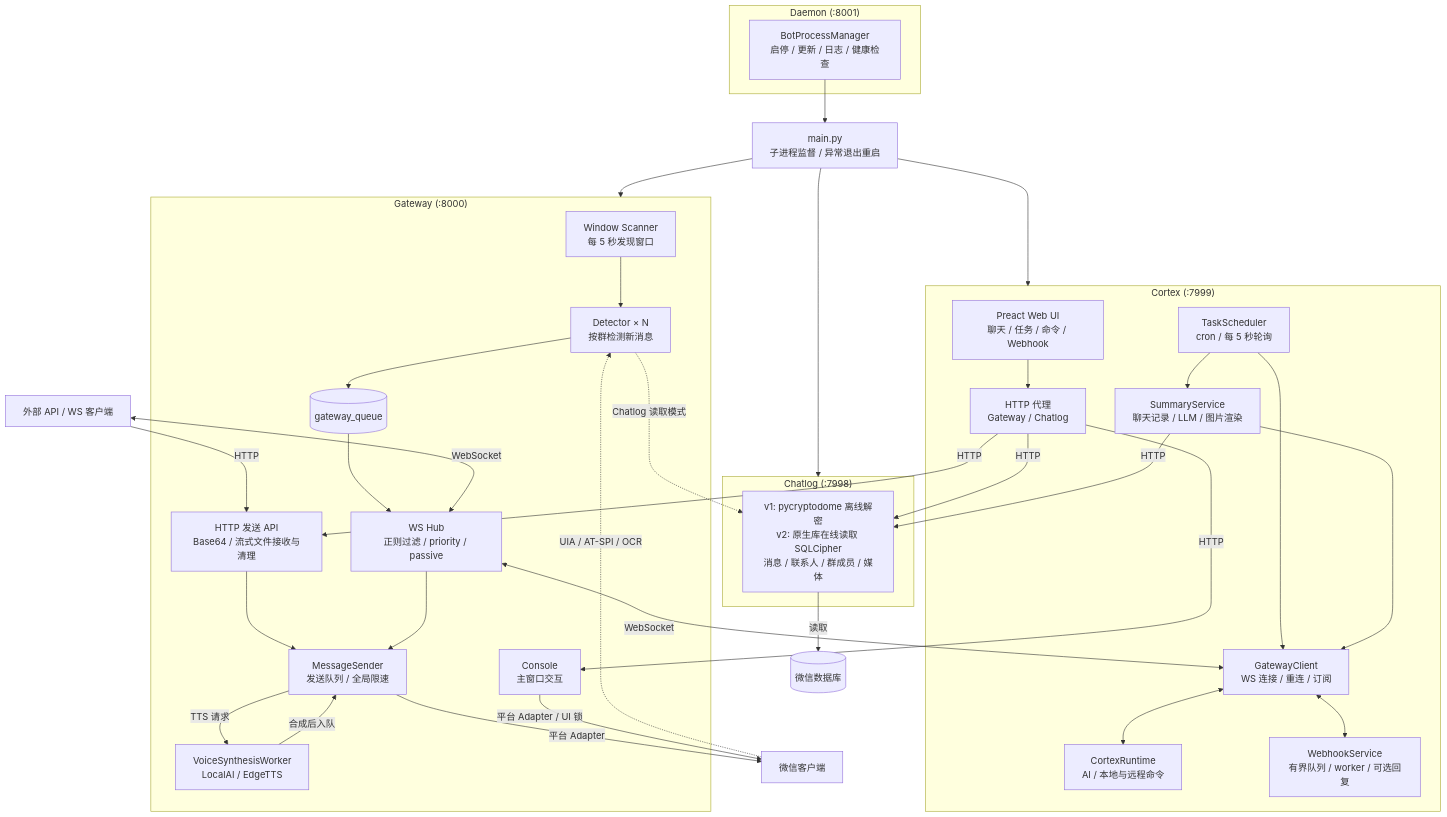
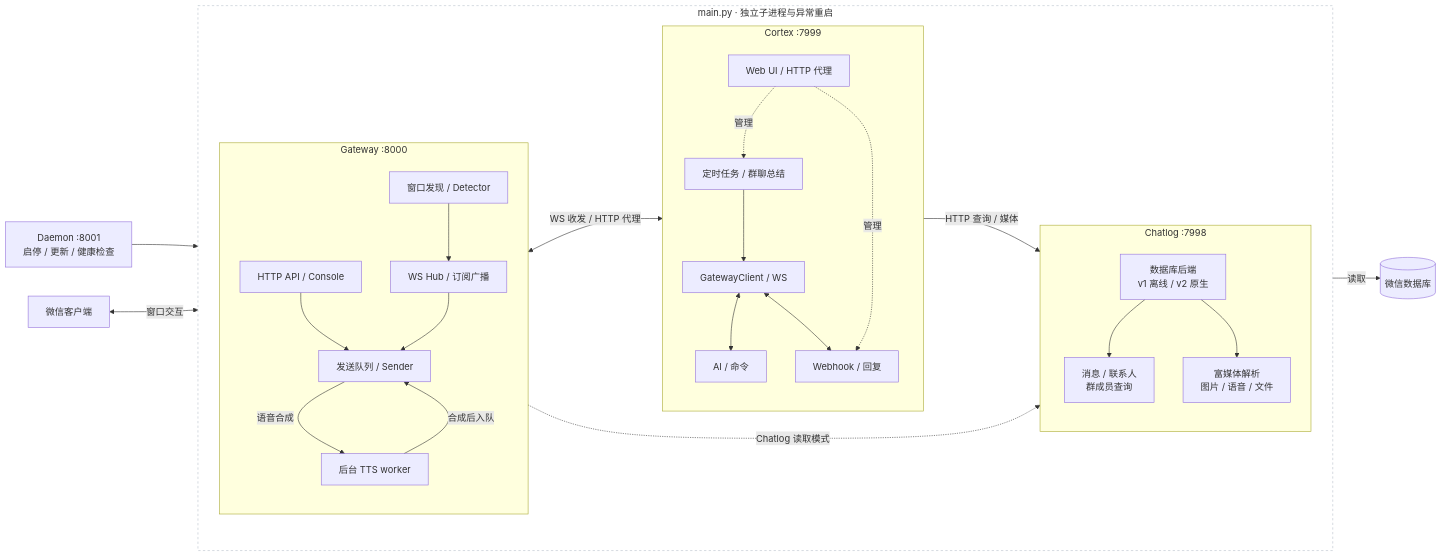
The diagram in README.md (bhwa233/awsl-wechat-bot), drawn with Mermaid before and after one commit. The commit also changed 1 other file, not shown here.

Commit message:
docs: require pull requests and refine architecture (#94)

````diff
--- a/README.md
+++ b/README.md
@@ -26,61 +26,35 @@
 ```mermaid
-flowchart TB
-    subgraph Daemon["Daemon (:8001)"]
-        Manager["BotProcessManager<br/>启停 / 更新 / 日志 / 健康检查"]
+flowchart LR
+    subgraph Bot["main.py · 独立子进程与异常重启"]
+        direction LR
+        subgraph Gateway["Gateway :8000"]
+            direction TB
+            Detector["窗口发现 / Detector"] --> Hub["WS Hub / 订阅广播"]
+            API["HTTP API / Console"] --> Sender["发送队列 / Sender"]
+            Hub --> Sender
+            Sender -->|语音合成| TTS["后台 TTS worker"]
+            TTS -->|合成后入队| Sender
+        end
+        subgraph Cortex["Cortex :7999"]
+            direction TB
+            WebUI["Web UI / HTTP 代理"]
+            GWClient["GatewayClient / WS"] <--> Runtime["AI / 命令"]
+            GWClient <--> Webhook["Webhook / 回复"]
+            Tasks["定时任务 / 群聊总结"] --> GWClient
+            WebUI -.管理.-> Tasks
+            WebUI -.管理.-> Webhook
+        end
+        subgraph Chatlog["Chatlog :7998"]
+            direction TB
+            Reader["数据库后端<br/>v1 离线 / v2 原生"] --> Query["消息 / 联系人<br/>群成员查询"]
+            Reader --> Media["富媒体解析<br/>图片 / 语音 / 文件"]
+        end
+        Gateway <-->|WS 收发 / HTTP 代理| Cortex
+        Cortex -->|HTTP 查询 / 媒体| Chatlog
+        Gateway -.->|Chatlog 读取模式| Chatlog
     end
-    Supervisor["main.py<br/>子进程监督 / 异常退出重启"]
-    Manager --> Supervisor
-
-    subgraph Gateway["Gateway (:8000)"]
-        Scanner["Window Scanner<br/>每 5 秒发现窗口"]
-        Detectors["Detector × N<br/>按群检测新消息"]
-        Queue[(gateway_queue)]
-        WSHub["WS Hub<br/>正则过滤 / priority / passive"]
-        SendAPI["HTTP 发送 API<br/>Base64 / 流式文件接收与清理"]
-        Sender["MessageSender<br/>发送队列 / 全局限速"]
-        TTS["VoiceSynthesisWorker<br/>LocalAI / EdgeTTS"]
-        Console["Console<br/>主窗口交互"]
-        Scanner --> Detectors
-        Detectors --> Queue --> WSHub
-        SendAPI --> Sender
-        WSHub --> Sender
-        Sender -->|TTS 请求| TTS
-        TTS -->|合成后入队| Sender
-    end
-
-    subgraph Cortex["Cortex (:7999)"]
-        WebUI["Preact Web UI<br/>聊天 / 任务 / 命令 / Webhook"]
-        Proxy["HTTP 代理<br/>Gateway / Chatlog"]
-        GWClient["GatewayClient<br/>WS 连接 / 重连 / 订阅"]
-        Runtime["CortexRuntime<br/>AI / 本地与远程命令"]
-        Webhook["WebhookService<br/>有界队列 / worker / 可选回复"]
-        Scheduler["TaskScheduler<br/>cron / 每 5 秒轮询"]
-        Summary["SummaryService<br/>聊天记录 / LLM / 图片渲染"]
-        WebUI --> Proxy
-        GWClient <--> Runtime
-        GWClient <--> Webhook
-        Scheduler --> GWClient
-        Scheduler --> Summary
-        Summary --> GWClient
-    end
-
-    subgraph Chatlog["Chatlog (:7998)"]
-        ChatlogAPI["v1: pycryptodome 离线解密<br/>v2: 原生库在线读取 SQLCipher<br/>消息 / 联系人 / 群成员 / 媒体"]
-    end
-
-    Supervisor --> Gateway
-    Supervisor --> Cortex
-    Supervisor --> Chatlog
-    WeChat["微信客户端"] -. UIA / AT-SPI / OCR .-> Detectors
-    Sender -->|平台 Adapter| WeChat
-    Console -->|平台 Adapter / UI 锁| WeChat
-    WSHub <-->|WebSocket| GWClient
-    Client["外部 API / WS 客户端"] <-->|WebSocket| WSHub
-    Client -->|HTTP| SendAPI
-    Proxy -->|HTTP| SendAPI
-    Proxy -->|HTTP| Console
-    Proxy -->|HTTP| ChatlogAPI
-    Summary -->|HTTP| ChatlogAPI
-    Detectors -. Chatlog 读取模式 .-> ChatlogAPI
-    ChatlogAPI -->|读取| DB[(微信数据库)]
+    Daemon["Daemon :8001<br/>启停 / 更新 / 健康检查"] --> Bot
+    WeChat["微信客户端"] <-->|窗口交互| Gateway
+    Chatlog -->|读取| DB[(微信数据库)]
+    style Bot fill:none,stroke:#b8c0cc,stroke-dasharray:4 4
 ```
````
